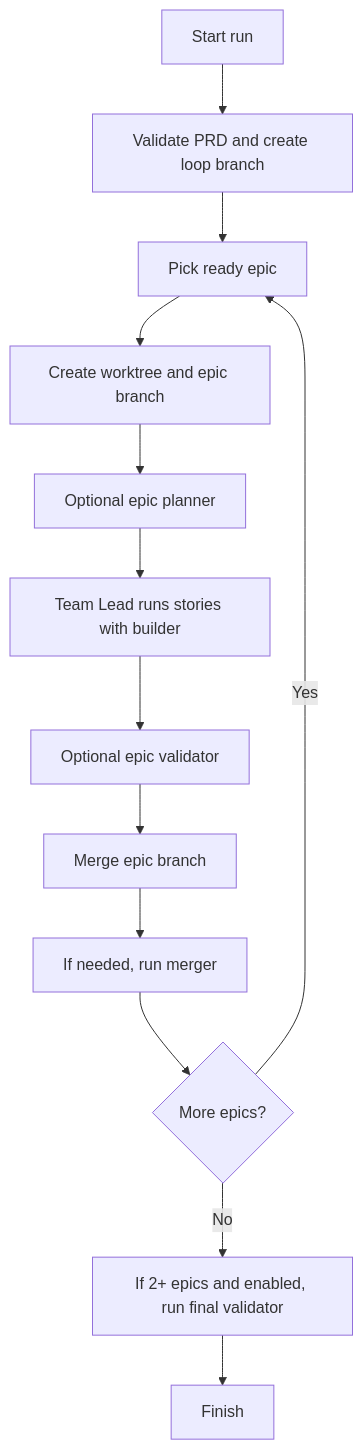
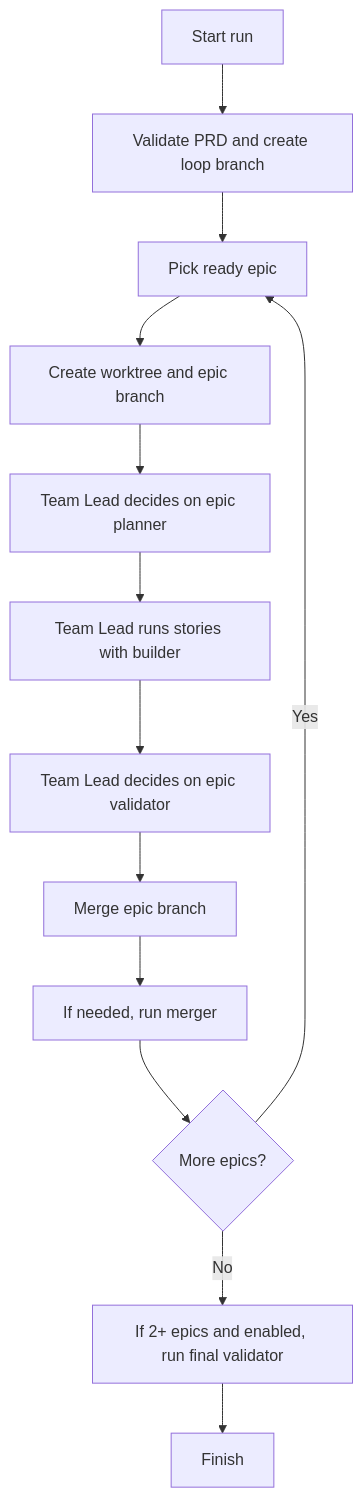
Before and after one commit to tuansondinh/ralph-teams: the diagram in README.md, drawn with Mermaid.

Commit message:
Clarify Team Lead decisions in README graph

````diff
--- a/README.md
+++ b/README.md
@@ -31,15 +31,15 @@
 ```mermaid
 flowchart TD
     A[Start run] --> B[Validate PRD and create loop branch]
     B --> C[Pick ready epic]
     C --> D[Create worktree and epic branch]
-    D --> E[Optional epic planner]
+    D --> E[Team Lead decides on epic planner]
     E --> F[Team Lead runs stories with builder]
-    F --> G[Optional epic validator]
+    F --> G[Team Lead decides on epic validator]
     G --> H[Merge epic branch]
     H --> I[If needed, run merger]
     I --> J{More epics?}
     J -->|Yes| C
     J -->|No| K[If 2+ epics and enabled, run final validator]
     K --> L[Finish]
 ```
````
